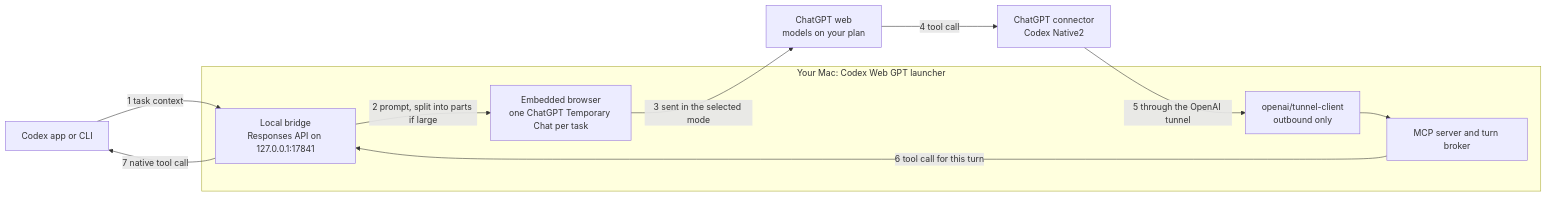
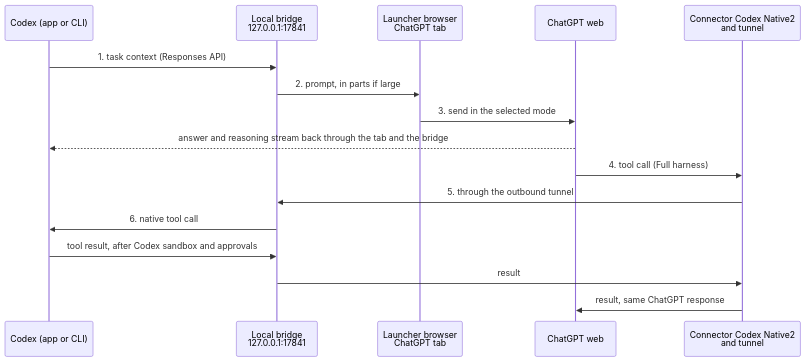
Before and after one commit to trukhinyuri/codex-chatgpt-web: the diagram in README.md, drawn with Mermaid.

Commit message:
docs: draw the request and tool round trip as a sequence diagram
The left-to-right flowchart rendered too small to read at README width. A
sequence diagram reads top to bottom and also shows the tool result
returning to the same ChatGPT response.

````diff
--- a/README.md
+++ b/README.md
@@ -61,21 +61,18 @@
 ```mermaid
-flowchart LR
-    codex["Codex app or CLI"]
-    subgraph mac["Your Mac: Codex Web GPT launcher"]
-        bridge["Local bridge<br/>Responses API on 127.0.0.1:17841"]
-        browser["Embedded browser<br/>one ChatGPT Temporary Chat per task"]
-        mcp["MCP server and turn broker"]
-        tunnel["openai/tunnel-client<br/>outbound only"]
-    end
-    chatgpt["ChatGPT web<br/>models on your plan"]
-    connector["ChatGPT connector<br/>Codex Native2"]
-
-    codex -- "1 task context" --> bridge
-    bridge -- "2 prompt, split into parts if large" --> browser
-    browser -- "3 sent in the selected mode" --> chatgpt
-    chatgpt -- "4 tool call" --> connector
-    connector -- "5 through the OpenAI tunnel" --> tunnel
-    tunnel --> mcp
-    mcp -- "6 tool call for this turn" --> bridge
-    bridge -- "7 native tool call" --> codex
+sequenceDiagram
+    participant C as Codex (app or CLI)
+    participant B as Local bridge<br/>127.0.0.1:17841
+    participant W as Launcher browser<br/>ChatGPT tab
+    participant G as ChatGPT web
+    participant T as Connector Codex Native2<br/>and tunnel
+    C->>B: 1. task context (Responses API)
+    B->>W: 2. prompt, in parts if large
+    W->>G: 3. send in the selected mode
+    G-->>C: answer and reasoning stream back through the tab and the bridge
+    G->>T: 4. tool call (Full harness)
+    T->>B: 5. through the outbound tunnel
+    B->>C: 6. native tool call
+    C->>B: tool result, after Codex sandbox and approvals
+    B->>T: result
+    T->>G: result, same ChatGPT response
 ```
````
